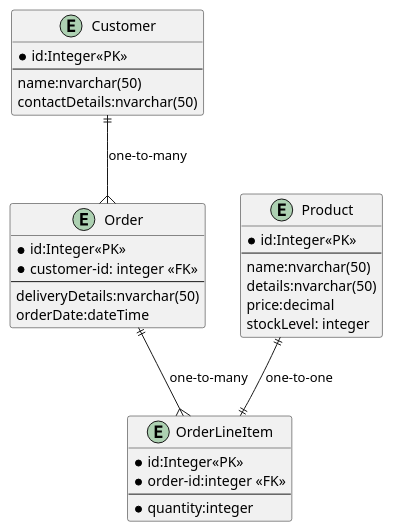
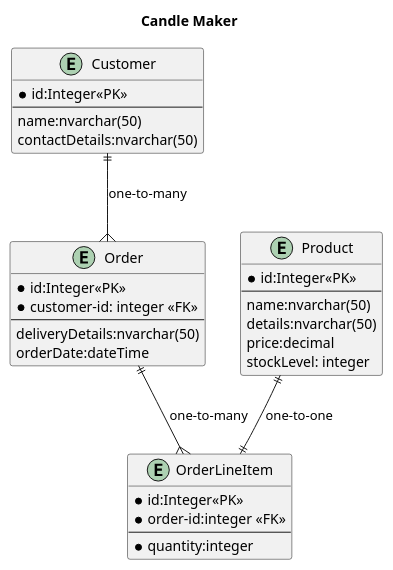
One commit to boolean-uk/java-data-modelling changed the diagram in ER-Diagram.puml. Above: the diagram before and after it, drawn with PlantUML.

Commit message:
Added title to epic 1

```diff
--- a/ER-Diagram.puml
+++ b/ER-Diagram.puml
@@ -1,47 +1,48 @@
 @startuml
 'https://plantuml.com/ie-diagram#ea995898864fb0ea
 
 'Type	        Symbol
 'Zero or One	|o--
 'Exactly One	||--
 'Zero or Many	}o--
 'One or Many	}|--
 
 'entity Entity01 {
 '  * identifying_attribute
 '  --
 '  * mandatory_attribute
 '  optional_attribute
 '}
+title Candle Maker
 entity Customer{
 *id:Integer<<PK>>
 --
 name:nvarchar(50)
 contactDetails:nvarchar(50)
 }
 entity Product{
 *id:Integer<<PK>>
 --
 name:nvarchar(50)
 details:nvarchar(50)
 price:decimal
 stockLevel: integer
 }
 entity Order{
 *id:Integer<<PK>>
 *customer-id: integer <<FK>>
 --
 deliveryDetails:nvarchar(50)
 orderDate:dateTime
 }
 entity OrderLineItem{
 *id:Integer<<PK>>
 *order-id:integer <<FK>>
 --
 *quantity:integer
 }
 Customer ||--{ Order :one-to-many
 Order ||--{ OrderLineItem:one-to-many
 Product ||--|| OrderLineItem : one-to-one
 
 @enduml
```
